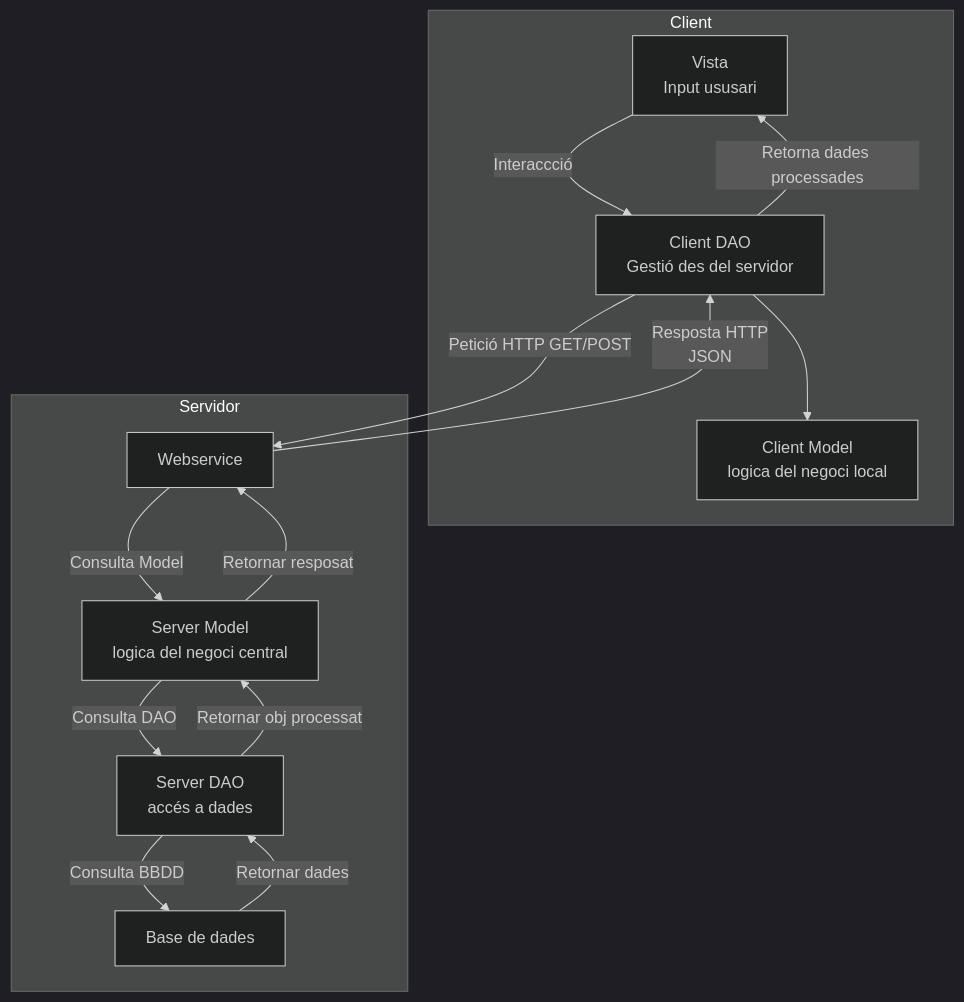
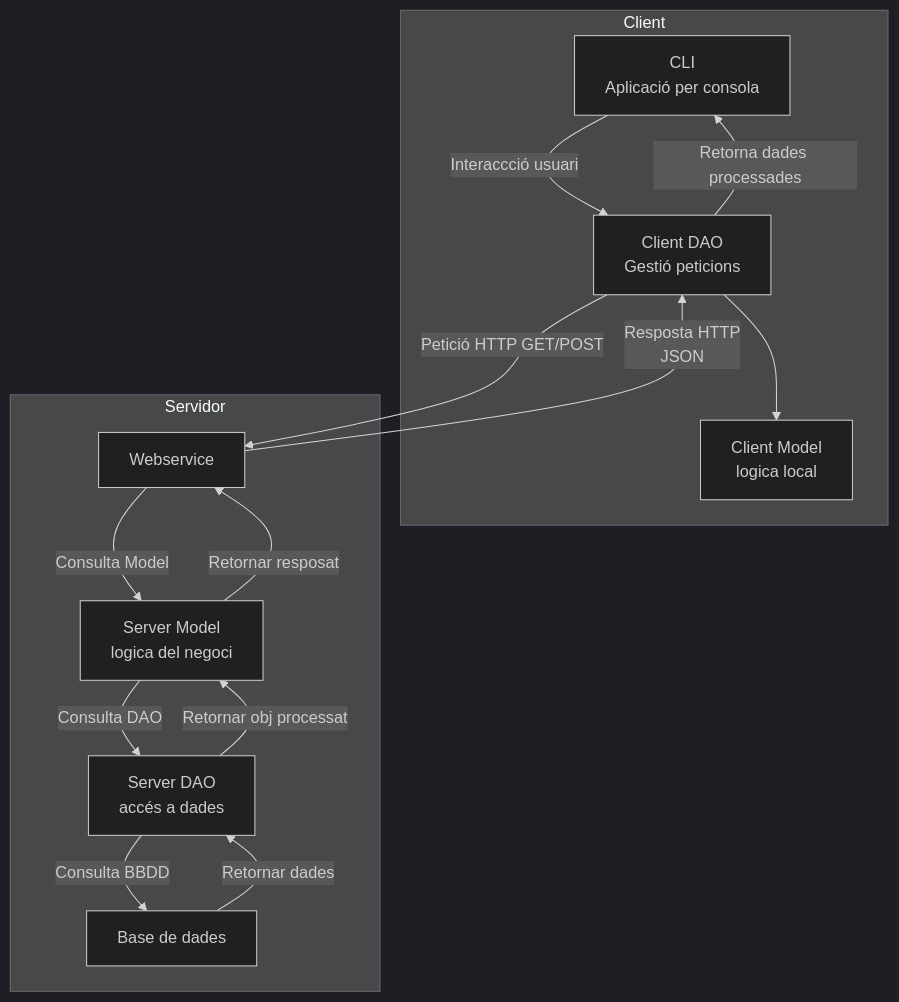
One commit to dnwits/projecte_entorns changed the diagram in diagrames/d_arquitectura_cliente_server.mermaid. Above: the diagram before and after it, drawn with Mermaid (dark theme).

Commit message:
cliente bien

```diff
--- a/diagrames/d_arquitectura_cliente_server.mermaid
+++ b/diagrames/d_arquitectura_cliente_server.mermaid
@@ -1,17 +1,17 @@
 flowchart TD
     subgraph Client [Client]
-        A[Vista <br>Input ususari] --> |Interaccció| B[Client DAO <br> Gestió des del servidor]
-        B-->M[Client Model <br> logica del negoci local]
+        A[CLI <br>Aplicació per consola] --> |Interaccció usuari| B[Client DAO <br> Gestió peticions]
+        B-->M[Client Model <br> logica local]
         B-->|Retorna dades processades|A
     end
 
     subgraph Servidor [Servidor]
     B-->|Petició HTTP GET/POST| C[Webservice]
-        C-->|Consulta Model| N[Server Model<br> logica del negoci central]
+        C-->|Consulta Model| N[Server Model<br> logica del negoci]
         N-->|Consulta DAO| D[Server DAO <br> accés a dades]
         D-->|Consulta BBDD| DB[Base de dades]
         DB-->|Retornar dades|D
         D-->|Retornar obj processat| N
         N-->|Retornar resposat| C
         C-->|Resposta HTTP <br>JSON|B
     end
```
